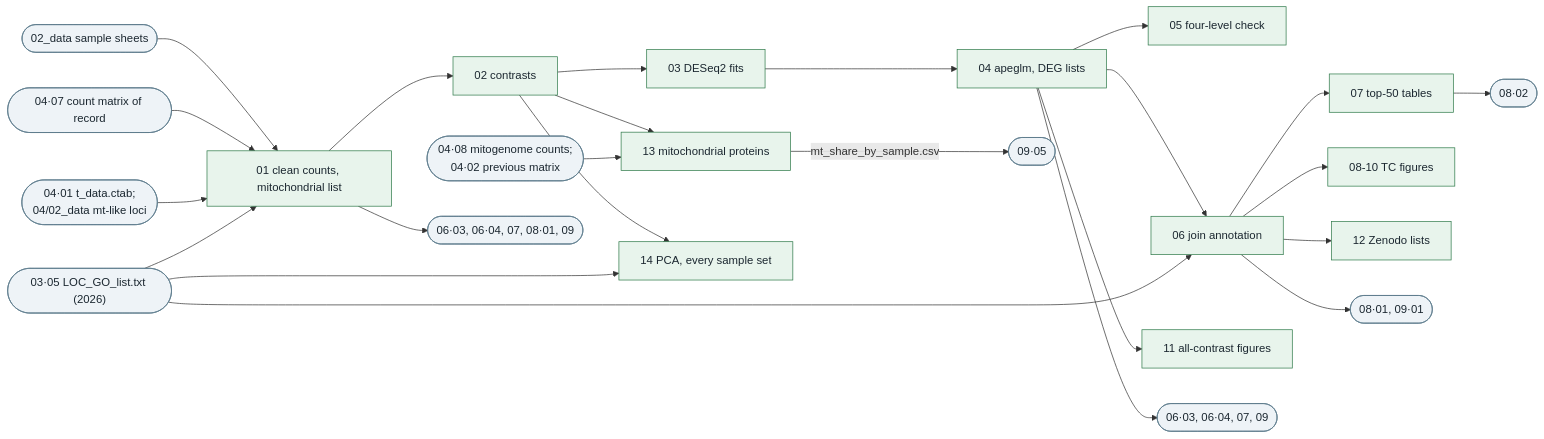
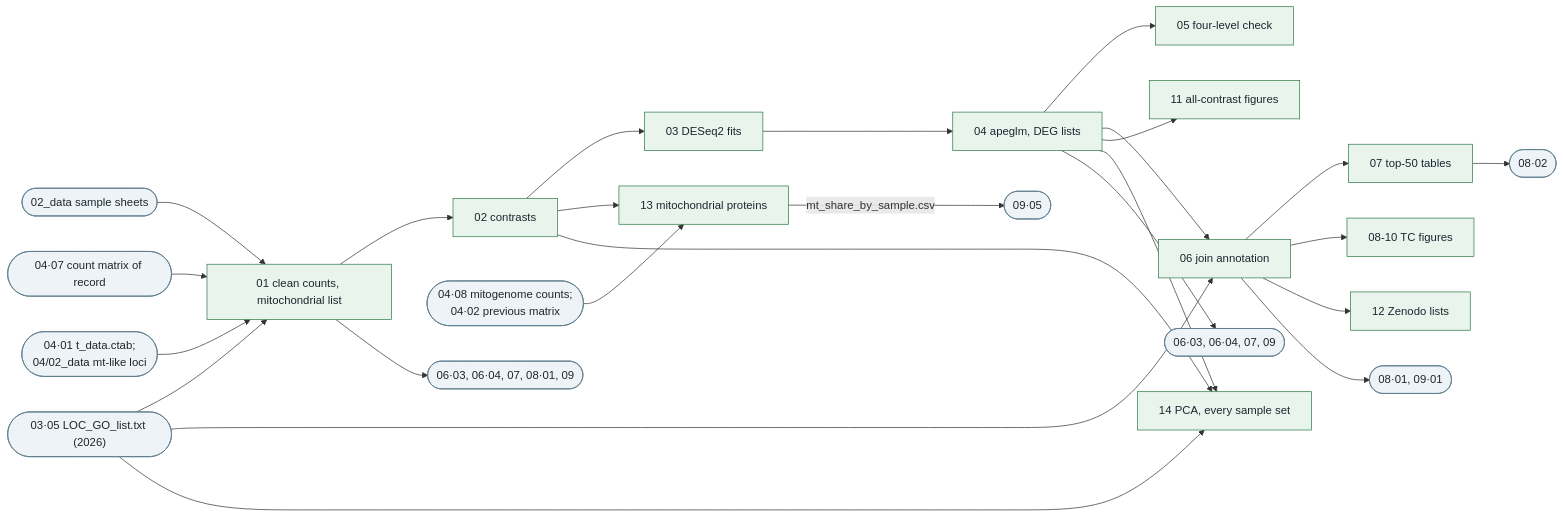
One commit to mattgeorgephd/PSMFC-mytilus-byssus-pilot changed the fifth of 9 diagrams in README.md. Above: the diagram before and after it, drawn with Mermaid. The commit also changed other lines of this file and 3 other files, not shown here.

````diff
--- a/README.md
+++ b/README.md
@@ -339,45 +339,46 @@
 ```mermaid
 flowchart LR
   sh(["02_data sample sheets"])
   a4(["04·07 count matrix of record"])
   a1(["04·01 t_data.ctab;<br>04/02_data mt-like loci"])
   b1(["03·05 LOC_GO_list.txt (2026)"])
   d1["01 clean counts, mitochondrial list"]
   d2["02 contrasts"]
   d3["03 DESeq2 fits"]
   d4["04 apeglm, DEG lists"]
   d5["05 four-level check"]
   d6["06 join annotation"]
   d7["07 top-50 tables"]
   d8["08-10 TC figures"]
   d11["11 all-contrast figures"]
   d12["12 Zenodo lists"]
   d13["13 mitochondrial proteins"]
   d14["14 PCA, every sample set"]
   a5(["04·08 mitogenome counts;<br>04·02 previous matrix"])
   sh --> d1
   a4 --> d1
   a1 --> d1
   b1 --> d1
   d1 --> d2 --> d3 --> d4
   d4 --> d5
   d4 --> d6
   b1 --> d6
   d6 --> d7
   d6 --> d8
   d6 --> d12
   d4 --> d11
   d2 --> d13
   a5 --> d13
   d2 --> d14
+  d4 --> d14
   b1 --> d14
   d1 --> r1(["06·03, 06·04, 07, 08·01, 09"])
   d4 --> r2(["06·03, 06·04, 07, 09"])
   d6 --> r3(["08·01, 09·01"])
   d7 --> r4(["08·02"])
   d13 -- "mt_share_by_sample.csv" --> r5(["09·05"])
   classDef ext fill:#eef3f7,stroke:#5b7a8c,color:#1b2730
   classDef run fill:#e8f4ec,stroke:#2f7a4a,color:#1b2730
   class a4,a1,b1,sh,a5,r1,r2,r3,r4,r5 ext
   class d1,d2,d3,d4,d5,d6,d7,d8,d11,d12,d13,d14 run
 ```
````
